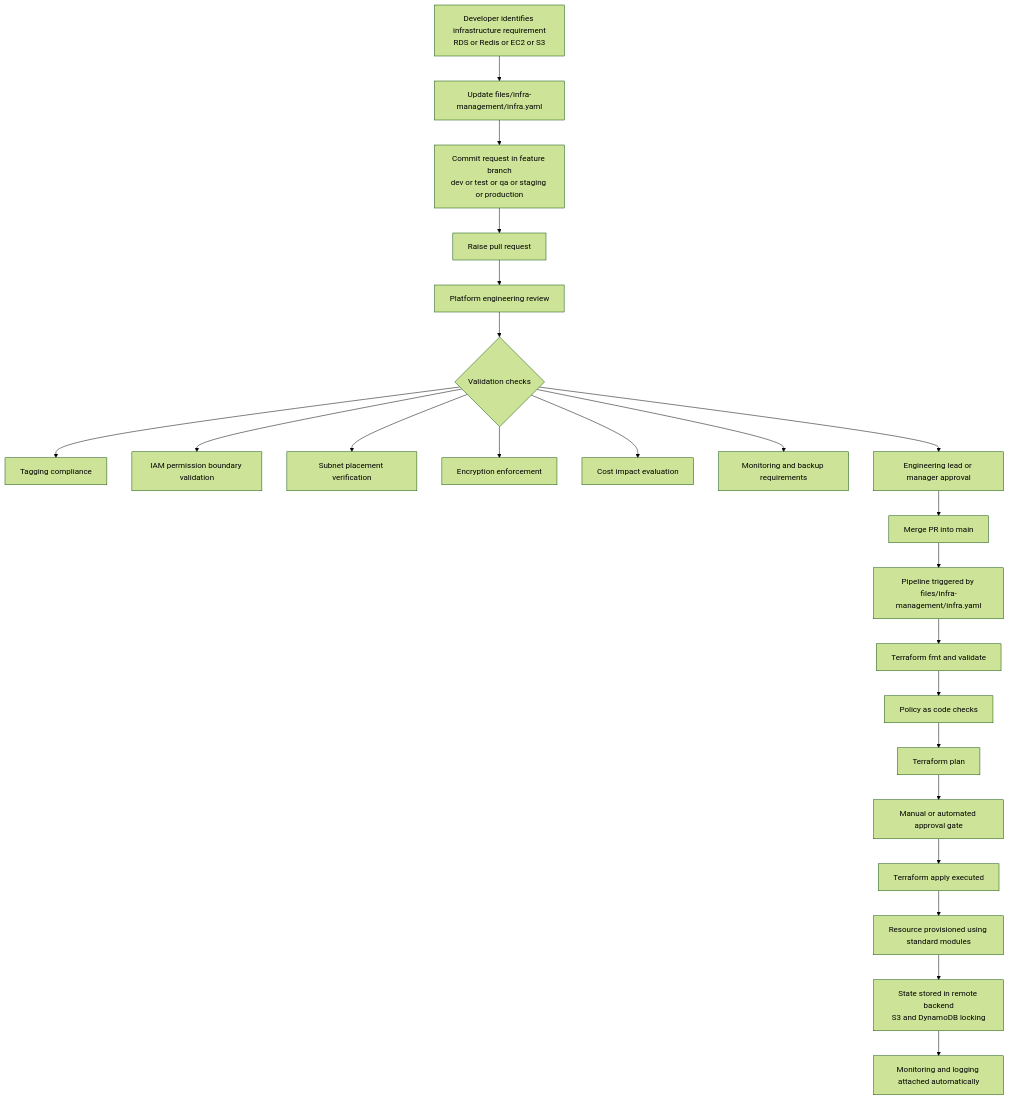
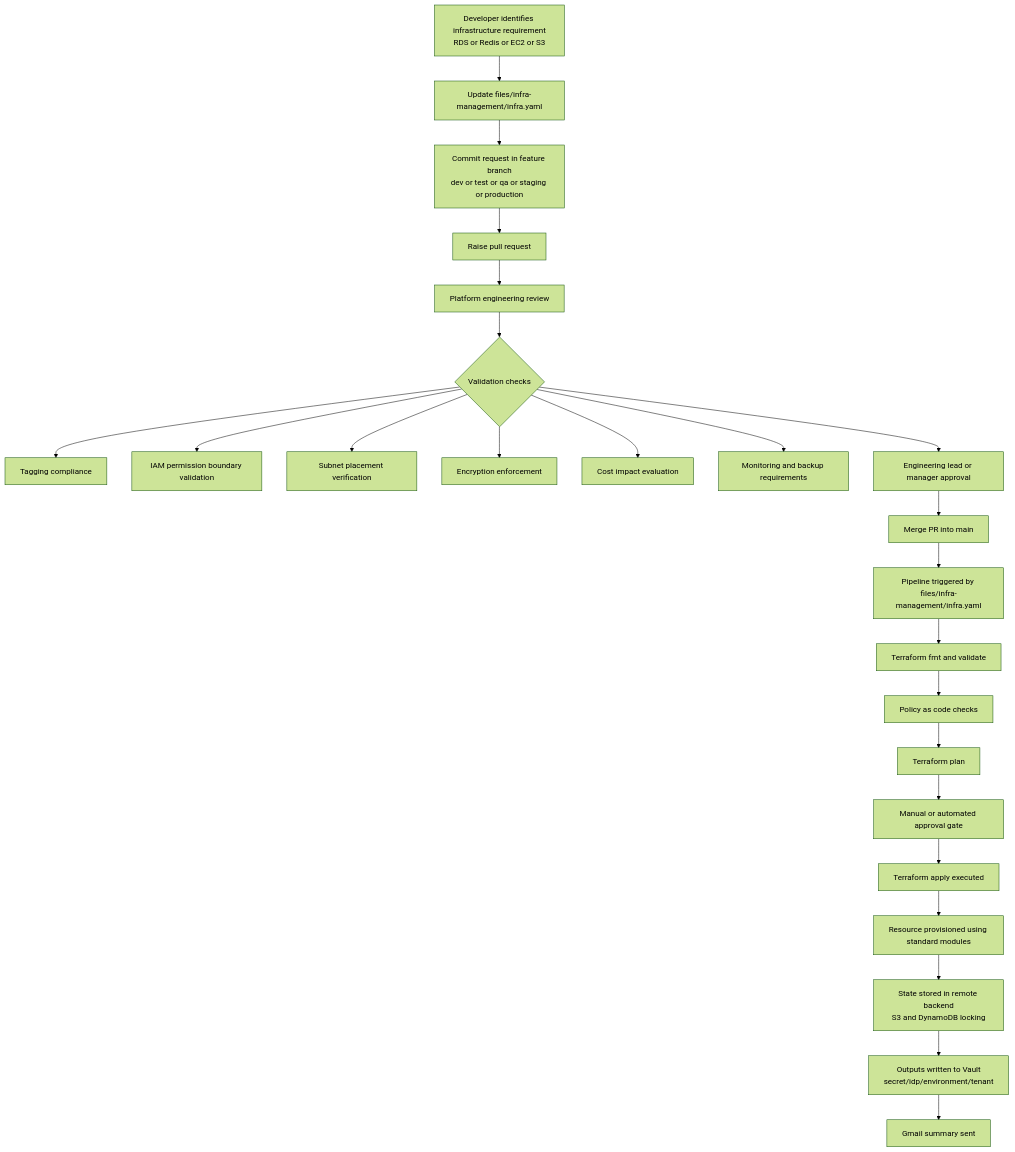
The diagram in idp-provisioning-workflow.md (devopsforge2304/IDP-Terraform-Project), drawn with Mermaid (forest theme) before and after one commit. The commit also changed other lines of this file and 4 other files, not shown here.

````diff
--- a/idp-provisioning-workflow.md
+++ b/idp-provisioning-workflow.md
@@ -3,25 +3,26 @@
 ```mermaid
 flowchart TD
     A[Developer identifies infrastructure requirement<br/>RDS or Redis or EC2 or S3] --> B[Update files/infra-management/infra.yaml]
     B --> C[Commit request in feature branch<br/>dev or test or qa or staging or production]
     C --> D[Raise pull request]
     D --> E[Platform engineering review]
     E --> F{Validation checks}
     F --> F1[Tagging compliance]
     F --> F2[IAM permission boundary validation]
     F --> F3[Subnet placement verification]
     F --> F4[Encryption enforcement]
     F --> F5[Cost impact evaluation]
     F --> F6[Monitoring and backup requirements]
     F --> G[Engineering lead or manager approval]
     G --> H[Merge PR into main]
     H --> I[Pipeline triggered by files/infra-management/infra.yaml]
     I --> J[Terraform fmt and validate]
     J --> K[Policy as code checks]
     K --> L[Terraform plan]
     L --> M[Manual or automated approval gate]
     M --> N[Terraform apply executed]
     N --> O[Resource provisioned using standard modules]
     O --> P[State stored in remote backend<br/>S3 and DynamoDB locking]
-    P --> Q[Monitoring and logging attached automatically]
+    P --> Q[Outputs written to Vault<br/>secret/idp/environment/tenant]
+    Q --> R[Gmail summary sent]
 ```
````
